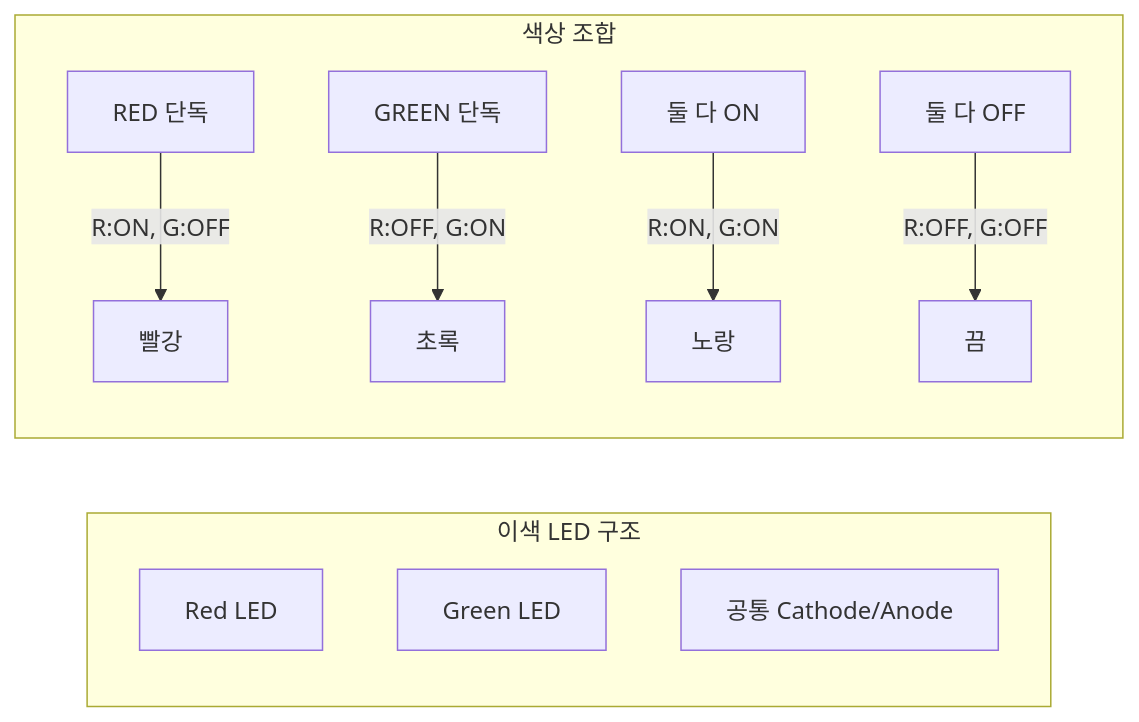
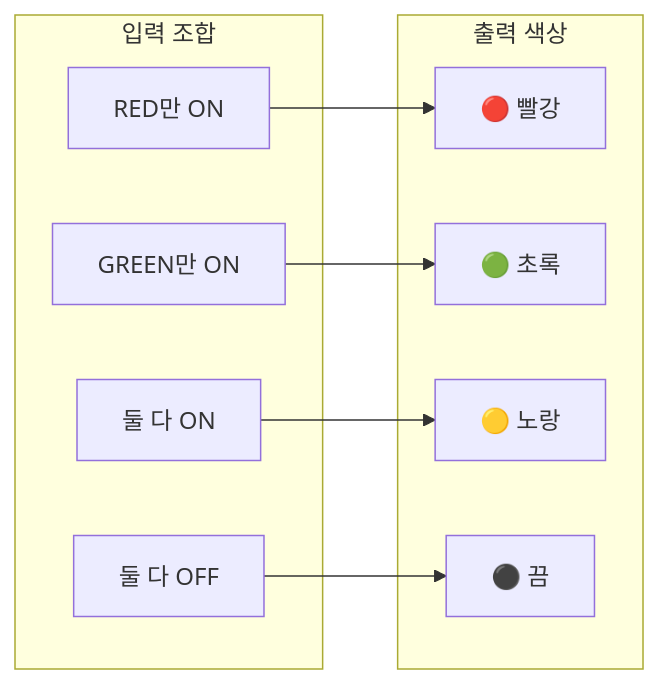
Before and after one commit to mj-kang-iotiz/my_test: the second of 7 diagrams in docs/LED_LIBRARY.md, drawn with Mermaid. The commit also changed other lines of this file and 2 other files, not shown here.

First line of the commit message:
docs: GPS, GSM, LED 라이브러리 기술 문서 대폭 보강

````diff
--- a/docs/LED_LIBRARY.md
+++ b/docs/LED_LIBRARY.md
@@ -65,15 +133,21 @@
 ```mermaid
 graph LR
-    subgraph "이색 LED 구조"
-        R[Red LED]
-        G[Green LED]
-        COMMON[공통 Cathode/Anode]
+    subgraph "입력 조합"
+        R_ONLY[RED만 ON]
+        G_ONLY[GREEN만 ON]
+        BOTH[둘 다 ON]
+        NONE[둘 다 OFF]
     end
 
-    subgraph "색상 조합"
-        RED_ON[RED 단독] -->|R:ON, G:OFF| COLOR_RED[빨강]
-        GREEN_ON[GREEN 단독] -->|R:OFF, G:ON| COLOR_GREEN[초록]
-        BOTH_ON[둘 다 ON] -->|R:ON, G:ON| COLOR_YELLOW[노랑]
-        BOTH_OFF[둘 다 OFF] -->|R:OFF, G:OFF| COLOR_OFF[끔]
+    subgraph "출력 색상"
+        COLOR_RED[🔴 빨강]
+        COLOR_GREEN[🟢 초록]
+        COLOR_YELLOW[🟡 노랑]
+        COLOR_OFF[⚫ 끔]
     end
+
+    R_ONLY --> COLOR_RED
+    G_ONLY --> COLOR_GREEN
+    BOTH --> COLOR_YELLOW
+    NONE --> COLOR_OFF
 ```
````
